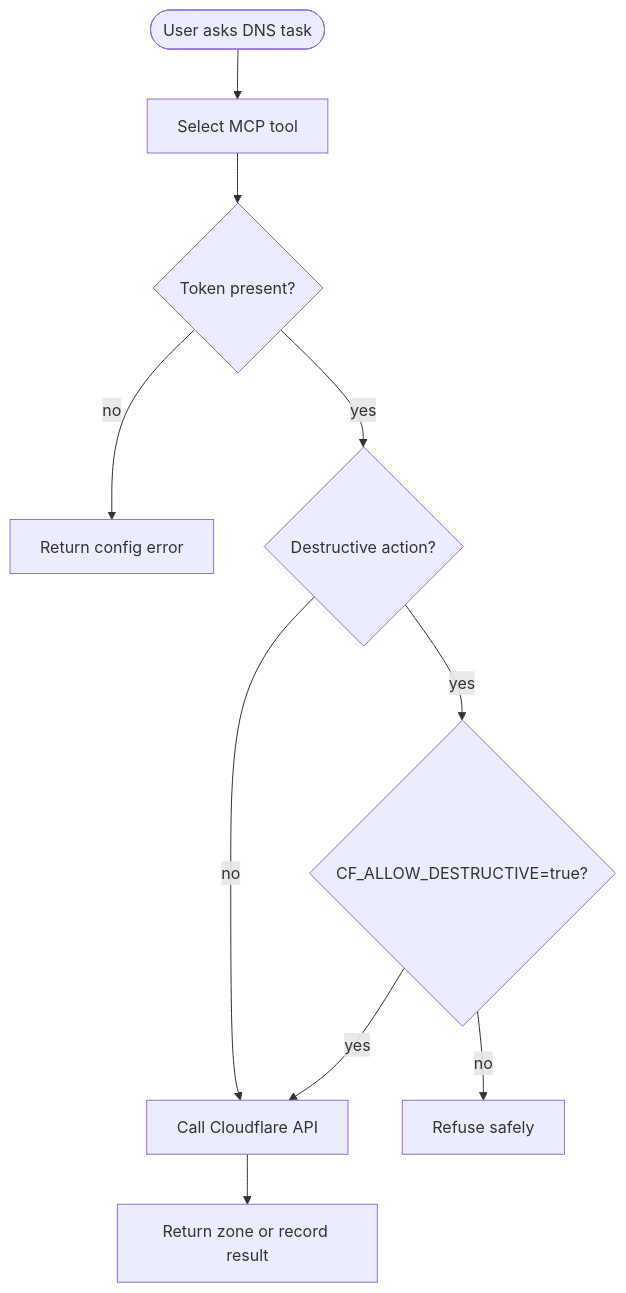
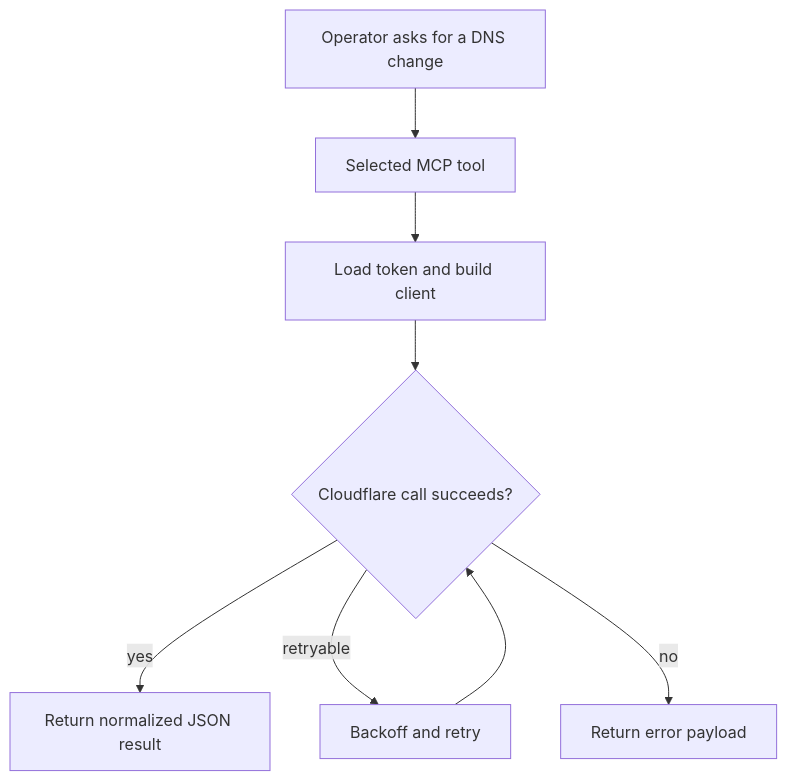
Before and after one commit to apexradius/mcp-cloudflare-dns: the second of 2 diagrams in README.md, drawn with Mermaid. The commit also changed other lines of this file and 2 other files, not shown here.

````diff
--- a/README.md
+++ b/README.md
@@ -56,12 +31,10 @@
 ```mermaid
 flowchart TD
-    Ask([User asks DNS task]) --> Tool[Select MCP tool]
-    Tool --> Validate{Token present?}
-    Validate -->|no| ConfigError[Return config error]
-    Validate -->|yes| Risk{Destructive action?}
-    Risk -->|yes| Allow{CF_ALLOW_DESTRUCTIVE=true?}
-    Risk -->|no| Call[Call Cloudflare API]
-    Allow -->|no| Refuse[Refuse safely]
-    Allow -->|yes| Call
-    Call --> Return[Return zone or record result]
+  Q[Operator asks for a DNS change] --> H[Selected MCP tool]
+  H --> I[Load token and build client]
+  I --> J{Cloudflare call succeeds?}
+  J -- yes --> K[Return normalized JSON result]
+  J -- retryable --> L[Backoff and retry]
+  L --> J
+  J -- no --> M[Return error payload]
 ```
````
